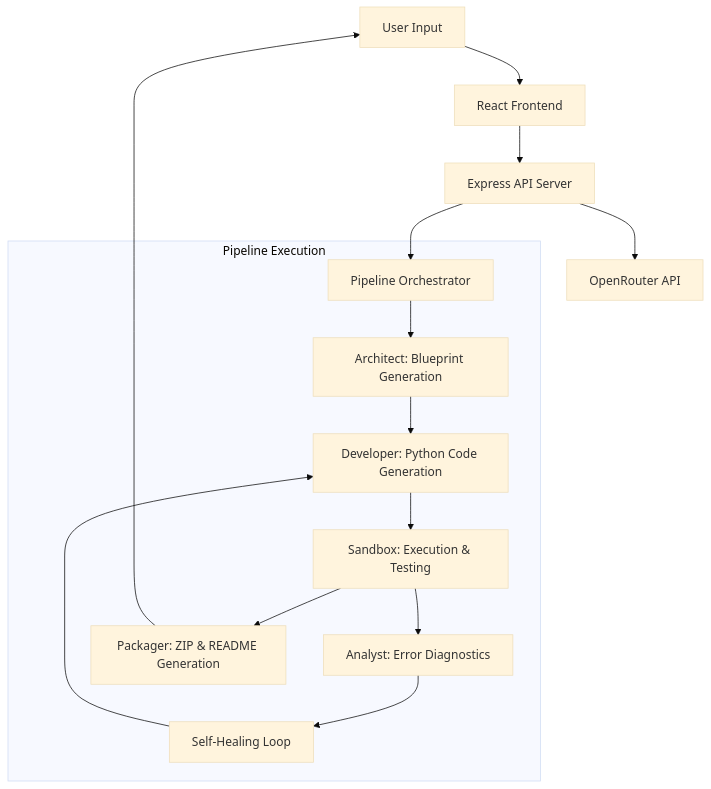
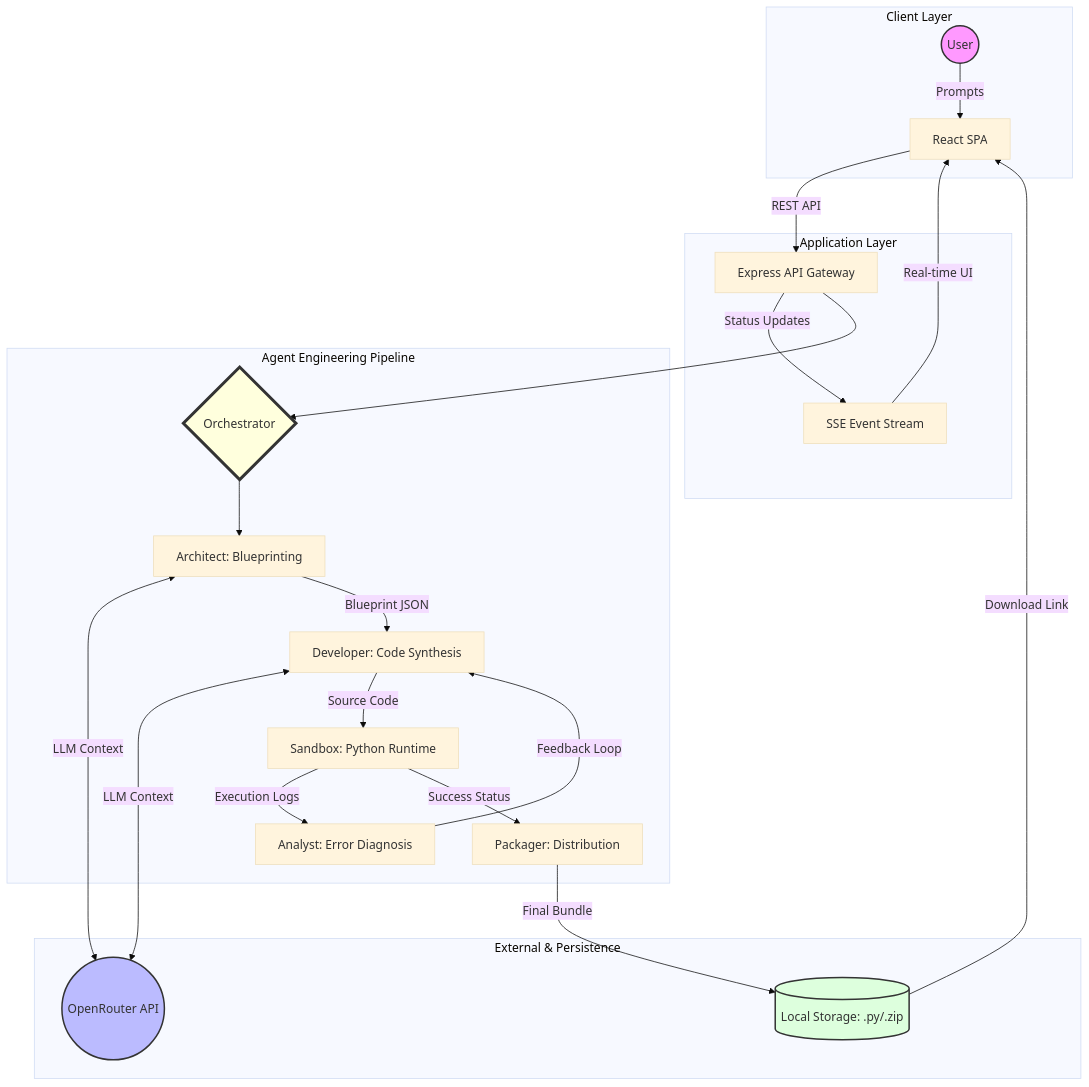
The diagram in README.md (TinkerTechie/AutoAgent), drawn with Mermaid (base theme) before and after one commit.

Commit message:
docs: upgrade system architecture diagram with professional Mermaid structure

````diff
--- a/README.md
+++ b/README.md
@@ -7,19 +7,53 @@
 ```mermaid
-graph TD
-    User[User Input] --> Frontend[React Frontend]
-    Frontend --> Backend[Express API Server]
-    Backend --> Orchestrator[Pipeline Orchestrator]
+graph TB
+    subgraph "Client Layer"
+        User((User))
+        ReactApp[React SPA]
+    end
+
+    subgraph "Application Layer"
+        ExpressServer[Express API Gateway]
+        SSE[SSE Event Stream]
+    end
+
+    subgraph "Agent Engineering Pipeline"
+        Orchestrator{Orchestrator}
+        Architect[Architect: Blueprinting]
+        Developer[Developer: Code Synthesis]
+        Sandbox[Sandbox: Python Runtime]
+        Analyst[Analyst: Error Diagnosis]
+        Packager[Packager: Distribution]
+    end
+
+    subgraph "External & Persistence"
+        OpenRouterAPI((OpenRouter API))
+        DiskStore[(Local Storage: .py/.zip)]
+    end
+
+    %% Flow Connections
+    User -->|Prompts| ReactApp
+    ReactApp -->|REST API| ExpressServer
+    ExpressServer -->|Status Updates| SSE
+    SSE -->|Real-time UI| ReactApp
+
+    ExpressServer --> Orchestrator
+    Orchestrator --> Architect
+    Architect <-->|LLM Context| OpenRouterAPI
+    Architect -->|Blueprint JSON| Developer
+
+    Developer <-->|LLM Context| OpenRouterAPI
+    Developer -->|Source Code| Sandbox
+
+    Sandbox -->|Execution Logs| Analyst
+    Analyst -->|Feedback Loop| Developer
     
-    subgraph "Pipeline Execution"
-        Orchestrator --> Blueprint[Architect: Blueprint Generation]
-        Blueprint --> CodeGen[Developer: Python Code Generation]
-        CodeGen --> Sandbox[Sandbox: Execution & Testing]
-        Sandbox --> ErrorAnalyst[Analyst: Error Diagnostics]
-        ErrorAnalyst --> SelfHeal[Self-Healing Loop]
-        SelfHeal --> CodeGen
-        Sandbox --> Packager[Packager: ZIP & README Generation]
-    end
-    
-    Packager --> User
-    Backend --> OpenRouter[OpenRouter API]
+    Sandbox -->|Success Status| Packager
+    Packager -->|Final Bundle| DiskStore
+    DiskStore -->|Download Link| ReactApp
+
+    %% Styling
+    style User fill:#f9f,stroke:#333,stroke-width:2px
+    style OpenRouterAPI fill:#bbf,stroke:#333,stroke-width:2px
+    style DiskStore fill:#dfd,stroke:#333,stroke-width:2px
+    style Orchestrator fill:#ffd,stroke:#333,stroke-width:4px
 ```
````
